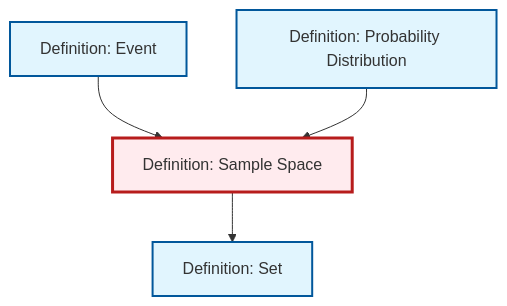
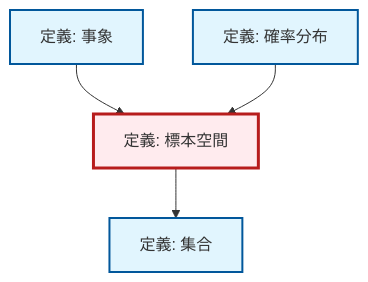
One commit to RK0429/ModernMath changed the diagram in content/ja/probability-statistics/def-sample-space.qmd. Above: the diagram before and after it, drawn with Mermaid. The commit also changed 1069 other files, not shown here.

````diff
--- a/content/ja/probability-statistics/def-sample-space.qmd
+++ b/content/ja/probability-statistics/def-sample-space.qmd
@@ -58,20 +58,20 @@
 ```{mermaid}
 %%| fig-cap: "Local dependency graph"
 graph TD
     classDef definition fill:#e1f5fe,stroke:#01579b,stroke-width:2px
     classDef theorem fill:#f3e5f5,stroke:#4a148c,stroke-width:2px
     classDef axiom fill:#fff3e0,stroke:#e65100,stroke-width:2px
     classDef example fill:#e8f5e9,stroke:#1b5e20,stroke-width:2px
     classDef current fill:#ffebee,stroke:#b71c1c,stroke-width:3px
-    def-event["Definition: Event"]:::definition
-    def-set["Definition: Set"]:::definition
-    def-probability-distribution["Definition: Probability Distribution"]:::definition
-    def-sample-space["Definition: Sample Space"]:::definition
+    def-sample-space["定義: 標本空間"]:::definition
+    def-set["定義: 集合"]:::definition
+    def-event["定義: 事象"]:::definition
+    def-probability-distribution["定義: 確率分布"]:::definition
     def-event --> def-sample-space
+    def-probability-distribution --> def-sample-space
     def-sample-space --> def-set
-    def-probability-distribution --> def-sample-space
     class def-sample-space current
-    click def-event "def-event.html" "Definition: Eventへ"
-    click def-set "def-set.html" "Definition: Setへ"
-    click def-probability-distribution "def-probability-distribution.html" "Definition: Probability Distributionへ"
+    click def-set "def-set.html" "集合の定義へ"
+    click def-event "def-event.html" "事象の定義へ"
+    click def-probability-distribution "def-probability-distribution.html" "確率分布の定義へ"
 ```
````
